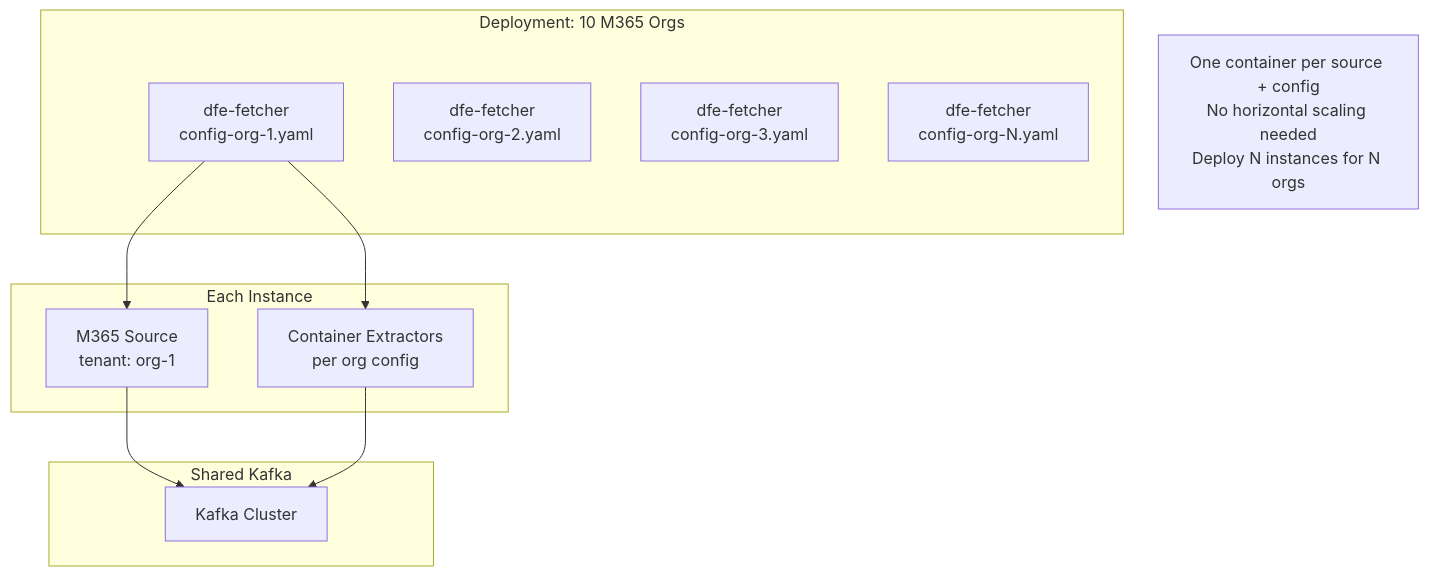
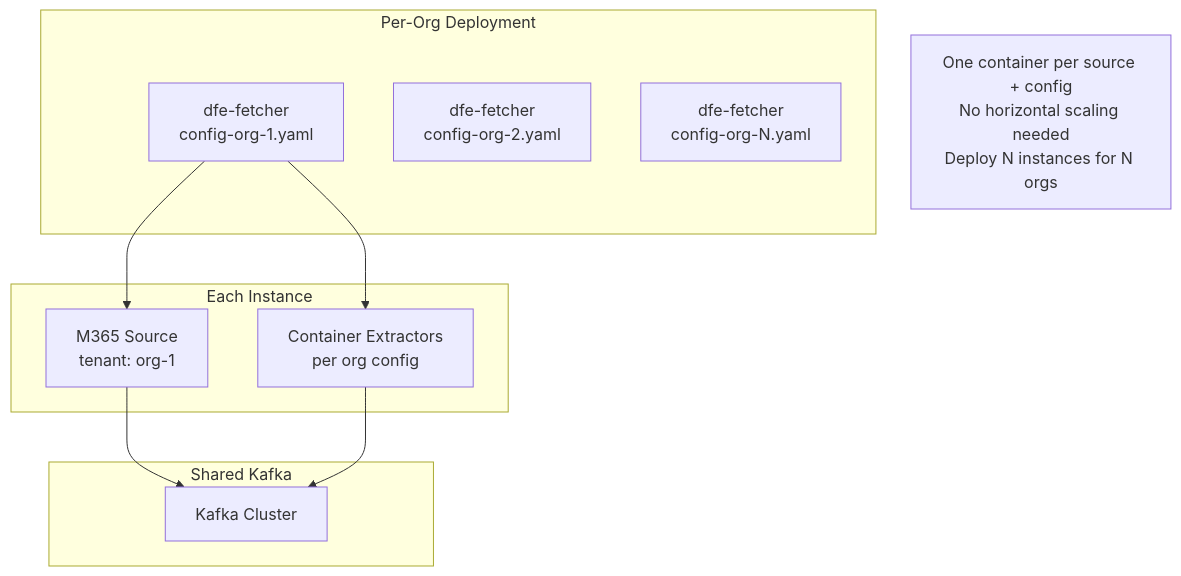
Before and after one commit to hyperi-io/dfe-fetcher: the seventh of 8 diagrams in docs/DESIGN.md, drawn with Mermaid. The commit also changed other lines of this file and 22 other files, not shown here.

````diff
--- a/docs/DESIGN.md
+++ b/docs/DESIGN.md
@@ -196,26 +204,25 @@
 ```mermaid
 graph TB
-    subgraph "Deployment: 10 M365 Orgs"
+    subgraph "Per-Org Deployment"
         F1[dfe-fetcher<br>config-org-1.yaml]
         F2[dfe-fetcher<br>config-org-2.yaml]
-        F3[dfe-fetcher<br>config-org-3.yaml]
         FN[dfe-fetcher<br>config-org-N.yaml]
     end
 
     subgraph "Each Instance"
         S1[M365 Source<br>tenant: org-1]
         S2[Container Extractors<br>per org config]
     end
 
     F1 --> S1
     F1 --> S2
 
     subgraph "Shared Kafka"
         K[Kafka Cluster]
     end
 
     S1 --> K
     S2 --> K
 
     Note1[One container per source + config<br>No horizontal scaling needed<br>Deploy N instances for N orgs]
 ```
````
